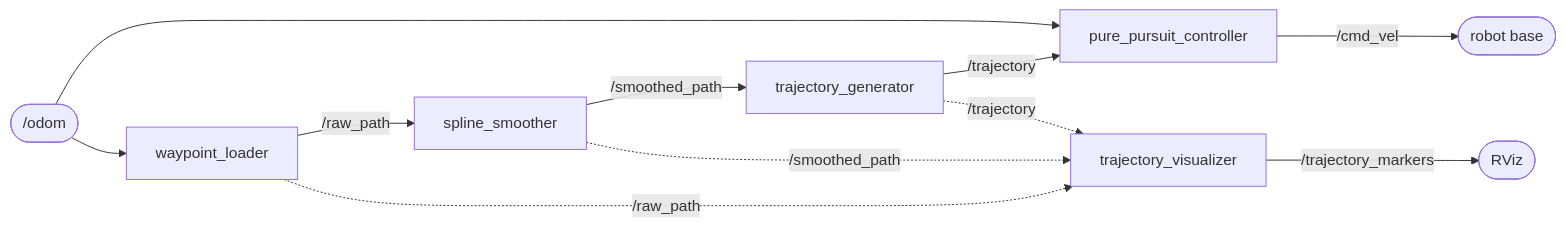
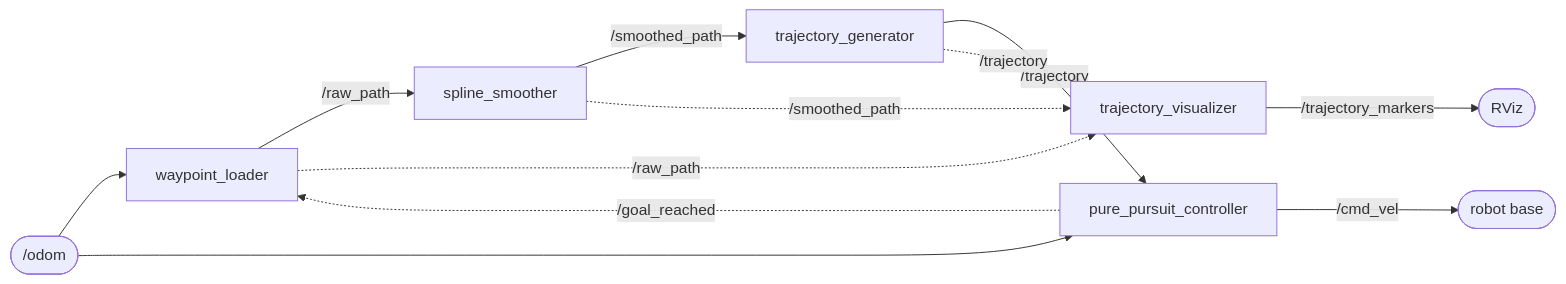
One commit to pavanmp140102/trajectory_nav changed the diagram in README.md. Above: the diagram before and after it, drawn with Mermaid. The commit also changed other lines of this file and 16 other files, not shown here.

````diff
--- a/README.md
+++ b/README.md
@@ -11,13 +11,14 @@
 ```mermaid
 flowchart LR
     odom(["/odom"]) --> WL
     WL[waypoint_loader] -- "/raw_path" --> SS[spline_smoother]
     SS -- "/smoothed_path" --> TG[trajectory_generator]
     TG -- "/trajectory" --> PP[pure_pursuit_controller]
     odom --> PP
     PP -- "/cmd_vel" --> robot(["robot base"])
+    PP -. "/goal_reached" .-> WL
     WL -. "/raw_path" .-> TV[trajectory_visualizer]
     SS -. "/smoothed_path" .-> TV
     TG -. "/trajectory" .-> TV
     TV -- "/trajectory_markers" --> rviz(["RViz"])
 ```
````
